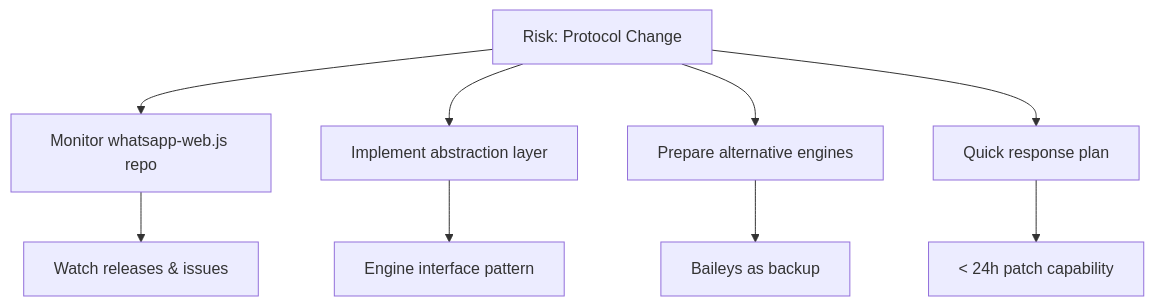
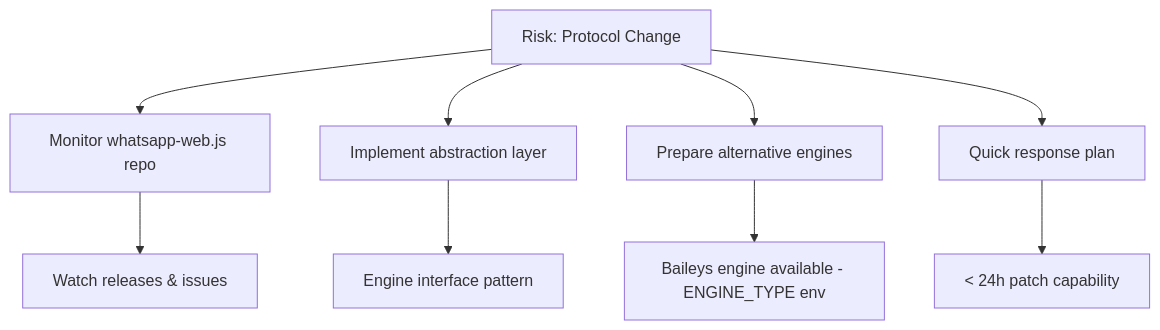
One commit to Carnaval-Team/VentIQ-seller-App changed the second of 12 diagrams in ventiq_admin_app/docs_wapi/16-risk-management.md. Above: the diagram before and after it, drawn with Mermaid. The commit also changed other lines of this file and 39 other files, not shown here.

````diff
--- a/ventiq_admin_app/docs_wapi/16-risk-management.md
+++ b/ventiq_admin_app/docs_wapi/16-risk-management.md
@@ -46,12 +47,12 @@
 ```mermaid
 flowchart TB
     R[Risk: Protocol Change] --> M1[Monitor whatsapp-web.js repo]
     R --> M2[Implement abstraction layer]
     R --> M3[Prepare alternative engines]
     R --> M4[Quick response plan]
-    
+
     M1 --> A1[Watch releases & issues]
     M2 --> A2[Engine interface pattern]
-    M3 --> A3[Baileys as backup]
+    M3 --> A3[Baileys engine available - ENGINE_TYPE env]
     M4 --> A4[< 24h patch capability]
 ```
````
